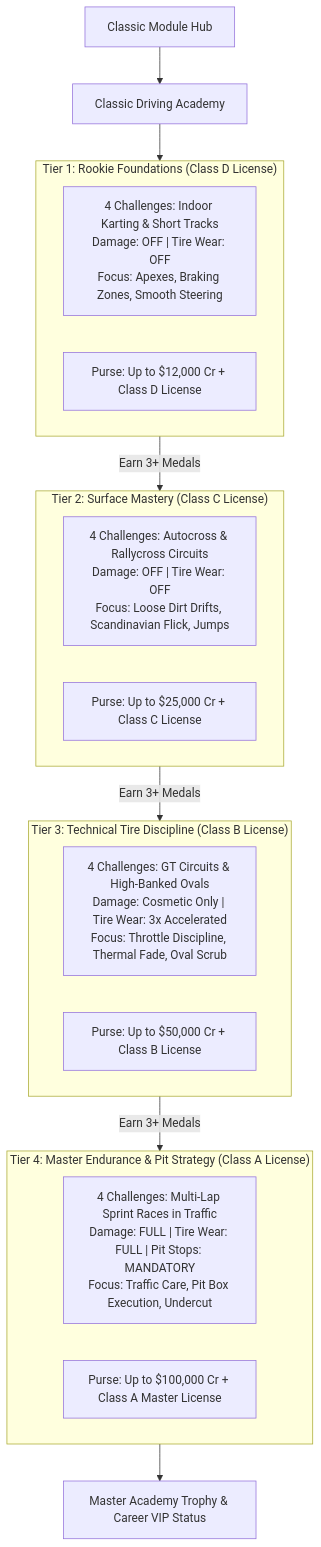
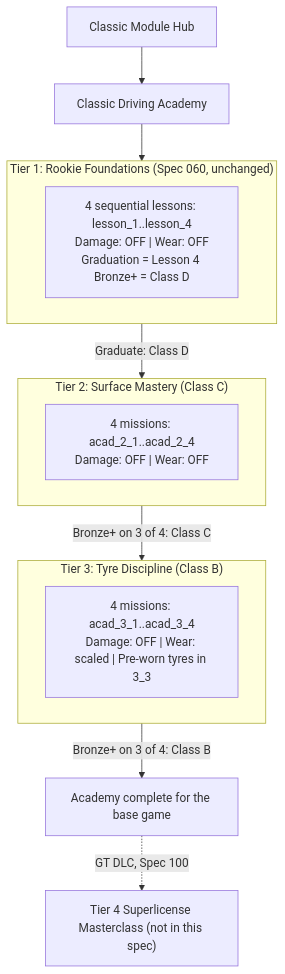
The diagram in specs/064_classic_module_multitier_academy_missions_and_degradation_curriculum.md (magomar/tdrace), drawn with Mermaid before and after one commit. The commit also changed other lines of this file and 2 other files, not shown here.

First line of the commit message:
docs(spec): align draft spec 064 to shipped Academy, defer Tier 4 to GT DLC (tdrace-xyyf)

````diff
--- a/specs/064_classic_module_multitier_academy_missions_and_degradation_curriculum.md
+++ b/specs/064_classic_module_multitier_academy_missions_and_degradation_curriculum.md
@@ -42,31 +45,20 @@
 ```mermaid
 flowchart TD
     ClassicHub["Classic Module Hub"] --> AcademyMenu["Classic Driving Academy"]
-    
-    subgraph Tier1 ["Tier 1: Rookie Foundations (Class D License)"]
-        T1_Desc["4 Challenges: Indoor Karting & Short Tracks\nDamage: OFF | Tire Wear: OFF\nFocus: Apexes, Braking Zones, Smooth Steering"]
-        T1_Reward["Purse: Up to $12,000 Cr + Class D License"]
+
+    subgraph Tier1 ["Tier 1: Rookie Foundations (Spec 060, unchanged)"]
+        T1["4 sequential lessons: lesson_1..lesson_4\nDamage: OFF | Wear: OFF\nGraduation = Lesson 4 Bronze+ = Class D"]
     end
-    
-    subgraph Tier2 ["Tier 2: Surface Mastery (Class C License)"]
-        T2_Desc["4 Challenges: Autocross & Rallycross Circuits\nDamage: OFF | Tire Wear: OFF\nFocus: Loose Dirt Drifts, Scandinavian Flick, Jumps"]
-        T2_Reward["Purse: Up to $25,000 Cr + Class C License"]
+    subgraph Tier2 ["Tier 2: Surface Mastery (Class C)"]
+        T2["4 missions: acad_2_1..acad_2_4\nDamage: OFF | Wear: OFF"]
     end
-    
-    subgraph Tier3 ["Tier 3: Technical Tire Discipline (Class B License)"]
-        T3_Desc["4 Challenges: GT Circuits & High-Banked Ovals\nDamage: Cosmetic Only | Tire Wear: 3x Accelerated\nFocus: Throttle Discipline, Thermal Fade, Oval Scrub"]
-        T3_Reward["Purse: Up to $50,000 Cr + Class B License"]
+    subgraph Tier3 ["Tier 3: Tyre Discipline (Class B)"]
+        T3["4 missions: acad_3_1..acad_3_4\nDamage: OFF | Wear: scaled | Pre-worn tyres in 3_3"]
     end
-    
-    subgraph Tier4 ["Tier 4: Master Endurance & Pit Strategy (Class A License)"]
-        T4_Desc["4 Challenges: Multi-Lap Sprint Races in Traffic\nDamage: FULL | Tire Wear: FULL | Pit Stops: MANDATORY\nFocus: Traffic Care, Pit Box Execution, Undercut"]
-        T4_Reward["Purse: Up to $100,000 Cr + Class A Master License"]
-    end
-    
+
     AcademyMenu --> Tier1
-    Tier1 -->|Earn 3+ Medals| Tier2
-    Tier2 -->|Earn 3+ Medals| Tier3
-    Tier3 -->|Earn 3+ Medals| Tier4
-    
-    Tier4 --> MasterGraduation["Master Academy Trophy & Career VIP Status"]
+    Tier1 -->|Graduate: Class D| Tier2
+    Tier2 -->|Bronze+ on 3 of 4: Class C| Tier3
+    Tier3 -->|Bronze+ on 3 of 4: Class B| Done["Academy complete for the base game"]
+    Done -.->|GT DLC, Spec 100| Tier4["Tier 4 Superlicense Masterclass (not in this spec)"]
 ```
````
